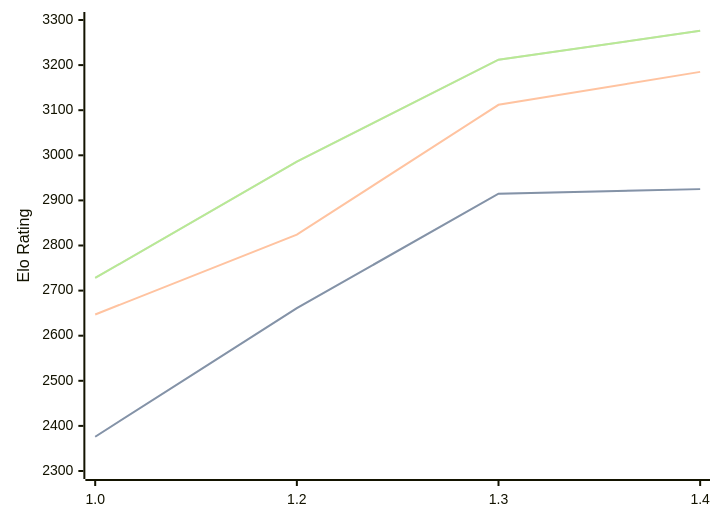
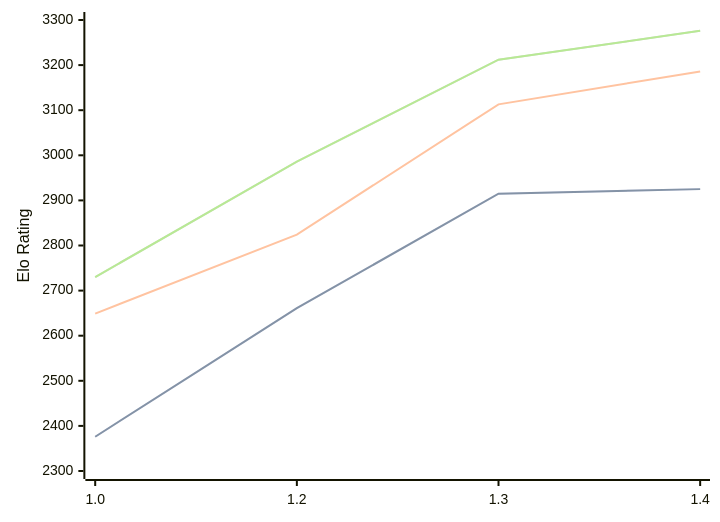
One commit to computer-chess-index/cci changed the diagram in engines/Chessnix.md. Above: the diagram before and after it, drawn with Mermaid. The commit also changed other lines of this file, not shown here.

Commit message:
Update CCI Ratings (ELO VLTC) - 2026-05-04

````diff
--- a/engines/Chessnix.md
+++ b/engines/Chessnix.md
@@ -36,11 +36,11 @@
 ```mermaid
 %%{init: {"theme":"base","themeVariables":{"seriesColors:['#a3a3a3','#222221','#faa371']}}}%%
 xychart-beta
   x-axis ["1.0", "1.2", "1.3", "1.4"]
   y-axis "Elo Rating" 2300 --> 3300
   line "STC (8.0+0.08s)" [2376, 2661, 2915, 2925]
   line "STC (8.0+0.08s)" [2376, 2661, 2915, 2925]
-  line "LTC (60.0+0.60s)" [2647, 2824, 3112, 3185]
-  line "VLTC (2m24s+1.12s)" [2728, 2986, 3212, 3276]
-  line "VLTC (2m24s+1.12s)" [2728, 2986, 3212, 3276]
+  line "LTC (60.0+0.60s)" [2649, 2824, 3113, 3186]
+  line "VLTC (2m24s+1.12s)" [2730, 2986, 3212, 3276]
+  line "VLTC (2m24s+1.12s)" [2730, 2986, 3212, 3276]
 ```
````
